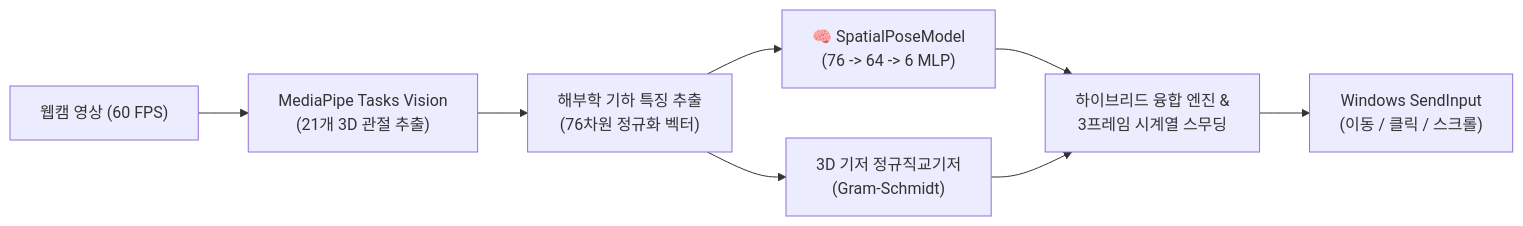
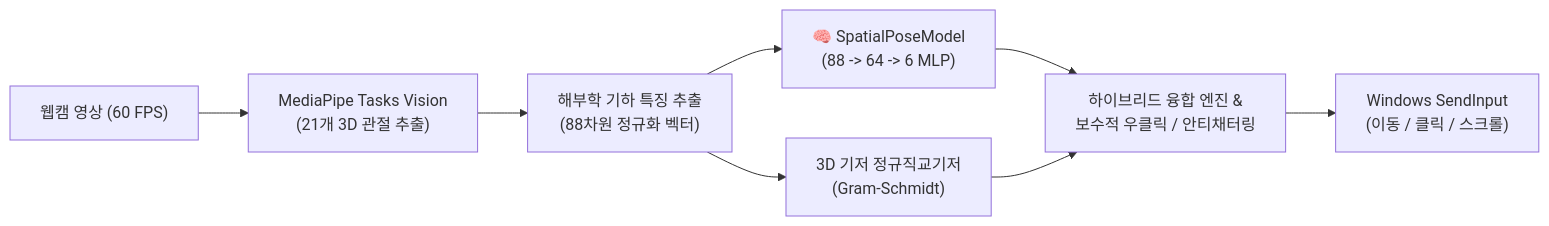
The diagram in README.md (hwnkue10-arch/manux), drawn with Mermaid before and after one commit. The commit also changed other lines of this file and 5 other files, not shown here.

Commit message:
feat: retrain SpatialPoseModel on 10,847 samples and balance right-click threshold

````diff
--- a/README.md
+++ b/README.md
@@ -46,10 +46,10 @@
 ```mermaid
 flowchart LR
     A["웹캠 영상 (60 FPS)"] --> B["MediaPipe Tasks Vision<br/>(21개 3D 관절 추출)"]
-    B --> C["해부학 기하 특징 추출<br/>(76차원 정규화 벡터)"]
-    C --> D["🧠 SpatialPoseModel<br/>(76 -> 64 -> 6 MLP)"]
+    B --> C["해부학 기하 특징 추출<br/>(88차원 정규화 벡터)"]
+    C --> D["🧠 SpatialPoseModel<br/>(88 -> 64 -> 6 MLP)"]
     C --> E["3D 기저 정규직교기저<br/>(Gram-Schmidt)"]
-    D --> F["하이브리드 융합 엔진 &<br/>3프레임 시계열 스무딩"]
+    D --> F["하이브리드 융합 엔진 &<br/>보수적 우클릭 / 안티채터링"]
     E --> F
     F --> G["Windows SendInput<br/>(이동 / 클릭 / 스크롤)"]
 ```
````
